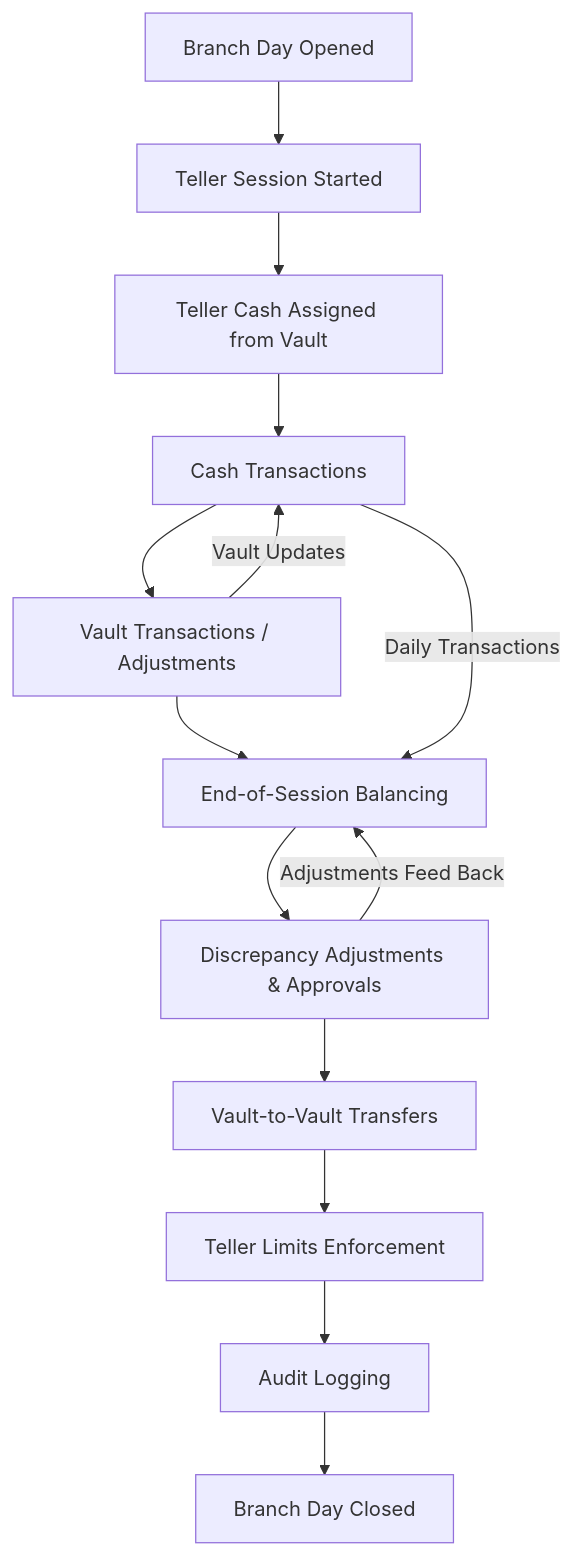
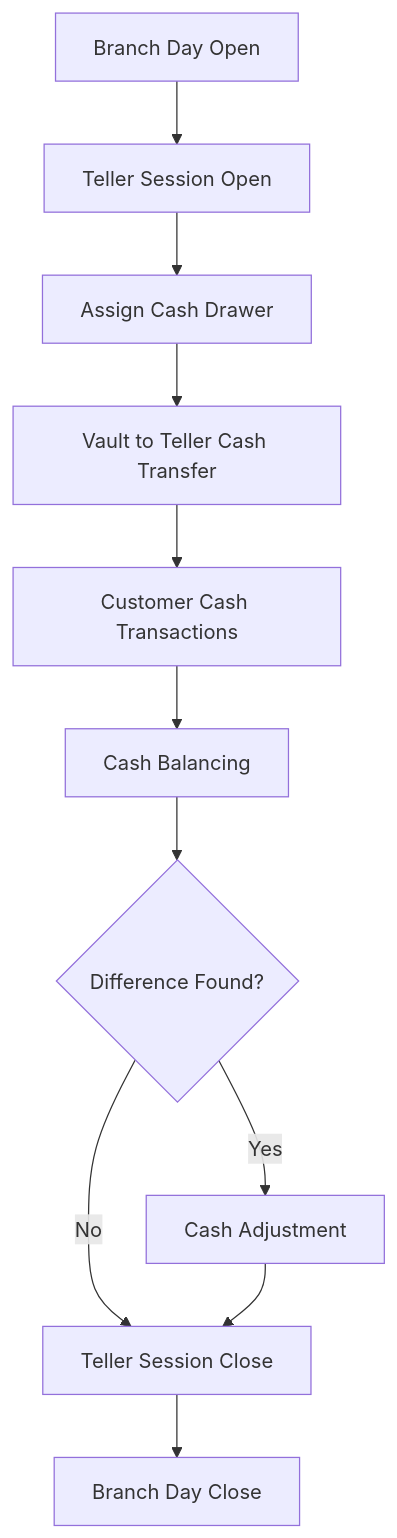
Before and after one commit to Newton-Mitro/ccuss: the diagram in _doc/cash_treasury_module.md, drawn with Mermaid. The commit also changed other lines of this file and 51 other files, not shown here.

````diff
--- a/_doc/cash_treasury_module.md
+++ b/_doc/cash_treasury_module.md
@@ -79,18 +377,23 @@
 ```mermaid
 flowchart TD
-    A[Branch Day Opened] --> B[Teller Session Started]
-    B --> C[Teller Cash Assigned from Vault]
-    C --> D[Cash Transactions]
-    D --> E[Vault Transactions / Adjustments]
-    E --> F[End-of-Session Balancing]
-    F --> G[Discrepancy Adjustments & Approvals]
-    G --> H[Vault-to-Vault Transfers]
-    H --> I[Teller Limits Enforcement]
-    I --> J[Audit Logging]
-    J --> K[Branch Day Closed]
 
-    %% Optional loops
-    D -->|Daily Transactions| F
-    E -->|Vault Updates| D
-    G -->|Adjustments Feed Back| F
+A[Branch Day Open] --> B[Teller Session Open]
+
+B --> C[Assign Cash Drawer]
+
+C --> D[Vault to Teller Cash Transfer]
+
+D --> E[Customer Cash Transactions]
+
+E --> F[Cash Balancing]
+
+F --> G{Difference Found?}
+
+G -- Yes --> H[Cash Adjustment]
+
+G -- No --> I[Teller Session Close]
+
+H --> I
+
+I --> J[Branch Day Close]
 ```
````
